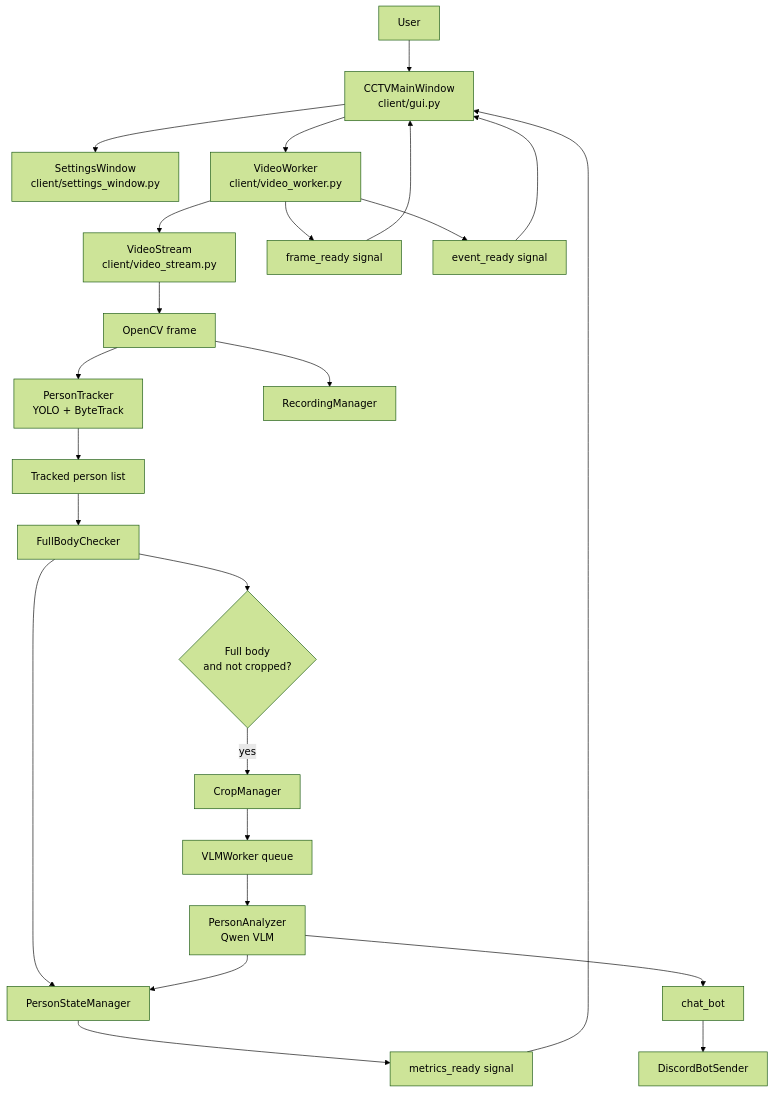
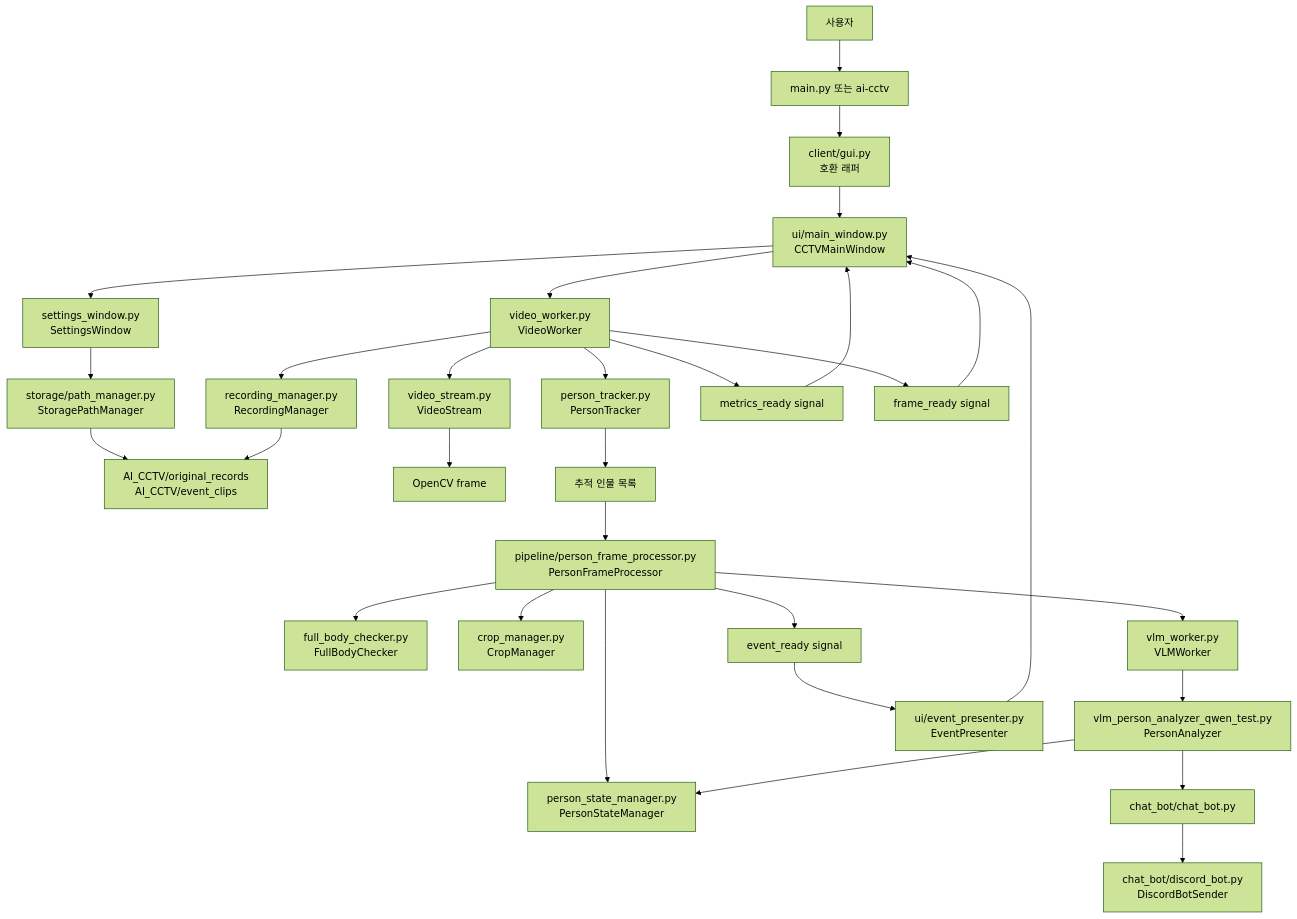
One commit to taegyu-heo-bigstar/AI_CCTV changed the first of 2 diagrams in flow.md. Above: the diagram before and after it, drawn with Mermaid (forest theme). The commit also changed other lines of this file and 34 other files, not shown here.

````diff
--- a/flow.md
+++ b/flow.md
@@ -22,31 +32,40 @@
 ```mermaid
 flowchart TD
-    User["User"] --> GUI["CCTVMainWindow<br/>client/gui.py"]
-    GUI --> Settings["SettingsWindow<br/>client/settings_window.py"]
-    GUI --> Worker["VideoWorker<br/>client/video_worker.py"]
+    User["사용자"] --> Entrypoint["main.py 또는 ai-cctv"]
+    Entrypoint --> GUIWrapper["client/gui.py<br/>호환 래퍼"]
+    GUIWrapper --> MainWindow["ui/main_window.py<br/>CCTVMainWindow"]
 
-    Worker --> Stream["VideoStream<br/>client/video_stream.py"]
+    MainWindow --> Settings["settings_window.py<br/>SettingsWindow"]
+    Settings --> StoragePaths["storage/path_manager.py<br/>StoragePathManager"]
+    StoragePaths --> Folders["AI_CCTV/original_records<br/>AI_CCTV/event_clips"]
+
+    MainWindow --> Worker["video_worker.py<br/>VideoWorker"]
+    Worker --> Stream["video_stream.py<br/>VideoStream"]
     Stream --> Frame["OpenCV frame"]
-    Frame --> Tracker["PersonTracker<br/>YOLO + ByteTrack"]
-    Tracker --> Persons["Tracked person list"]
 
-    Persons --> BodyCheck["FullBodyChecker"]
-    BodyCheck --> State["PersonStateManager"]
-    Frame --> Recorder["RecordingManager"]
+    Worker --> Tracker["person_tracker.py<br/>PersonTracker"]
+    Tracker --> Persons["추적 인물 목록"]
+    Persons --> Processor["pipeline/person_frame_processor.py<br/>PersonFrameProcessor"]
 
-    BodyCheck --> CropDecision{"Full body<br/>and not cropped?"}
-    CropDecision -- "yes" --> Crop["CropManager"]
-    Crop --> VLMQueue["VLMWorker queue"]
-    VLMQueue --> Analyzer["PersonAnalyzer<br/>Qwen VLM"]
+    Processor --> BodyCheck["full_body_checker.py<br/>FullBodyChecker"]
+    Processor --> State["person_state_manager.py<br/>PersonStateManager"]
+    Processor --> Crop["crop_manager.py<br/>CropManager"]
+    Processor --> VLMQueue["vlm_worker.py<br/>VLMWorker"]
+
+    Worker --> Recorder["recording_manager.py<br/>RecordingManager"]
+    Recorder --> Folders
+
+    VLMQueue --> Analyzer["vlm_person_analyzer_qwen_test.py<br/>PersonAnalyzer"]
     Analyzer --> State
-    Analyzer --> Chatbot["chat_bot"]
-    Chatbot --> Discord["DiscordBotSender"]
+    Analyzer --> Chatbot["chat_bot/chat_bot.py"]
+    Chatbot --> Discord["chat_bot/discord_bot.py<br/>DiscordBotSender"]
 
-    State --> Metrics["metrics_ready signal"]
+    Processor --> Events["event_ready signal"]
+    Worker --> Metrics["metrics_ready signal"]
     Worker --> RenderedFrame["frame_ready signal"]
-    Worker --> Events["event_ready signal"]
 
-    Metrics --> GUI
-    RenderedFrame --> GUI
-    Events --> GUI
+    Events --> Presenter["ui/event_presenter.py<br/>EventPresenter"]
+    Presenter --> MainWindow
+    Metrics --> MainWindow
+    RenderedFrame --> MainWindow
 ```
````
